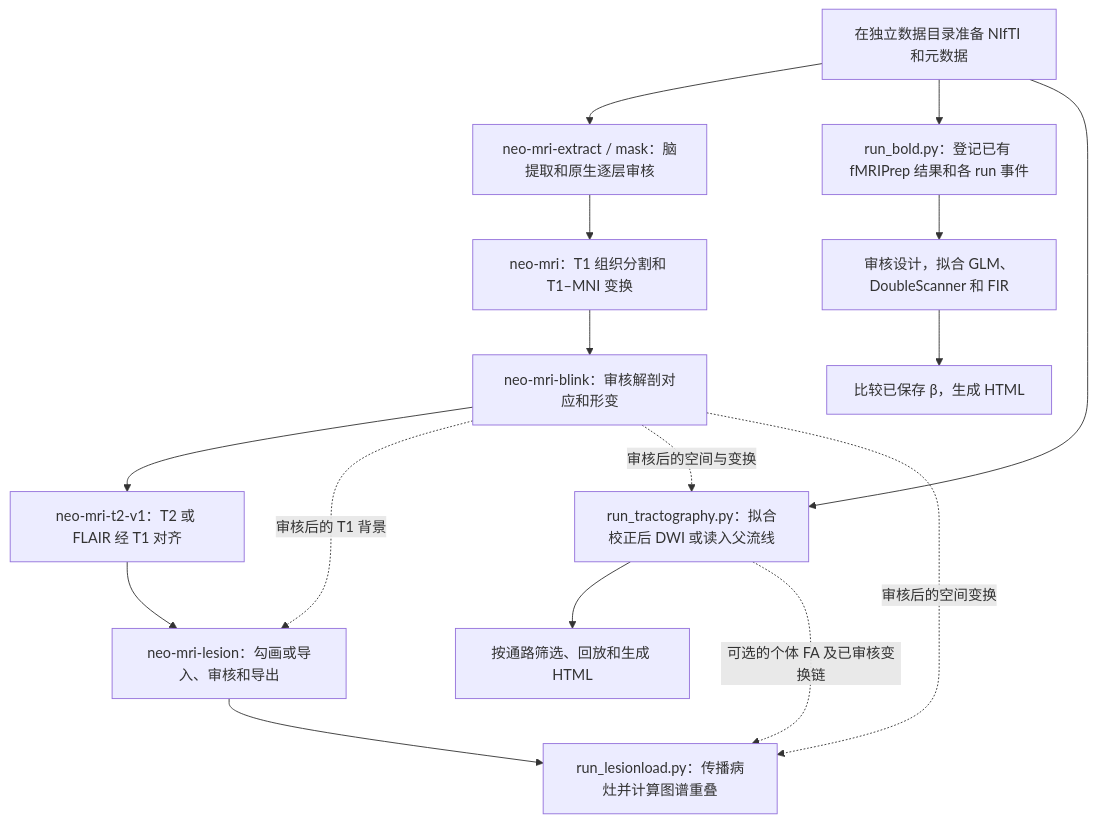
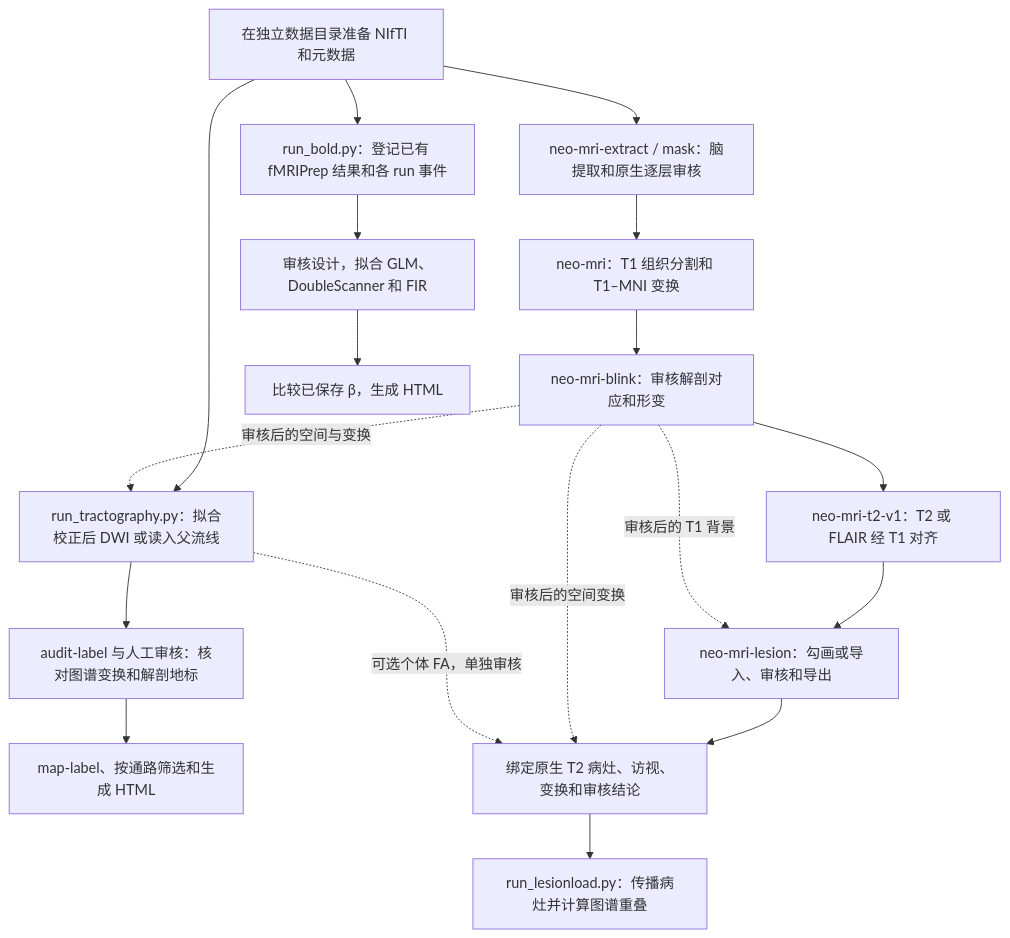
The diagram in README_CN.md (Du-YouLang/NEO_MRI), drawn with Mermaid before and after one commit. The commit also changed other lines of this file and 3 other files, not shown here.

````diff
--- a/README_CN.md
+++ b/README_CN.md
@@ -20,19 +20,21 @@
 ```mermaid
 flowchart TD
     I["在独立数据目录准备 NIfTI 和元数据"]
     I --> A["neo-mri-extract / mask：脑提取和原生逐层审核"]
     A --> T["neo-mri：T1 组织分割和 T1–MNI 变换"]
     T --> Q["neo-mri-blink：审核解剖对应和形变"]
     Q --> S["neo-mri-t2-v1：T2 或 FLAIR 经 T1 对齐"]
     S --> L["neo-mri-lesion：勾画或导入、审核和导出"]
     Q -. "审核后的 T1 背景" .-> L
     I --> B["run_bold.py：登记已有 fMRIPrep 结果和各 run 事件"]
     B --> V["审核设计，拟合 GLM、DoubleScanner 和 FIR"]
     V --> R["比较已保存 β，生成 HTML"]
     I --> D["run_tractography.py：拟合校正后 DWI 或读入父流线"]
     Q -. "审核后的空间与变换" .-> D
-    D --> F["按通路筛选、回放和生成 HTML"]
-    L --> O["run_lesionload.py：传播病灶并计算图谱重叠"]
-    Q -. "审核后的空间变换" .-> O
-    D -. "可选的个体 FA 及已审核变换链" .-> O
+    D --> C["audit-label 与人工审核：核对图谱变换和解剖地标"]
+    C --> F["map-label、按通路筛选和生成 HTML"]
+    L --> G["绑定原生 T2 病灶、访视、变换和审核结论"]
+    Q -. "审核后的空间变换" .-> G
+    D -. "可选个体 FA，单独审核" .-> G
+    G --> O["run_lesionload.py：传播病灶并计算图谱重叠"]
 ```
````
